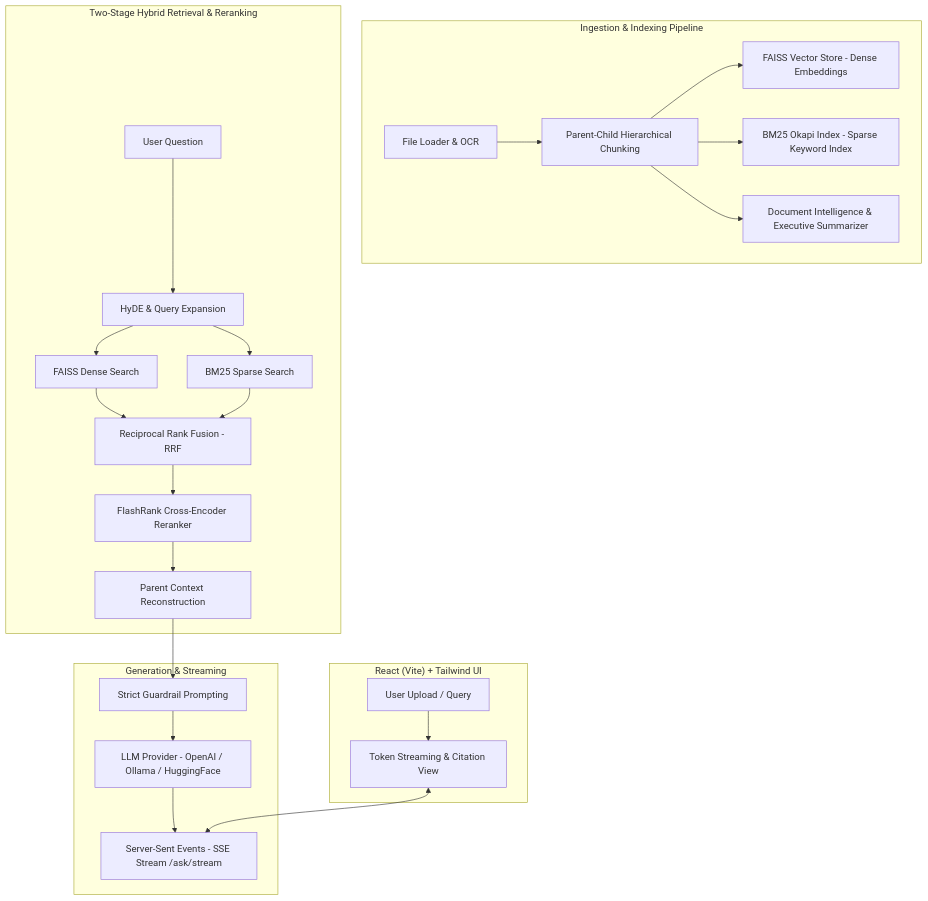
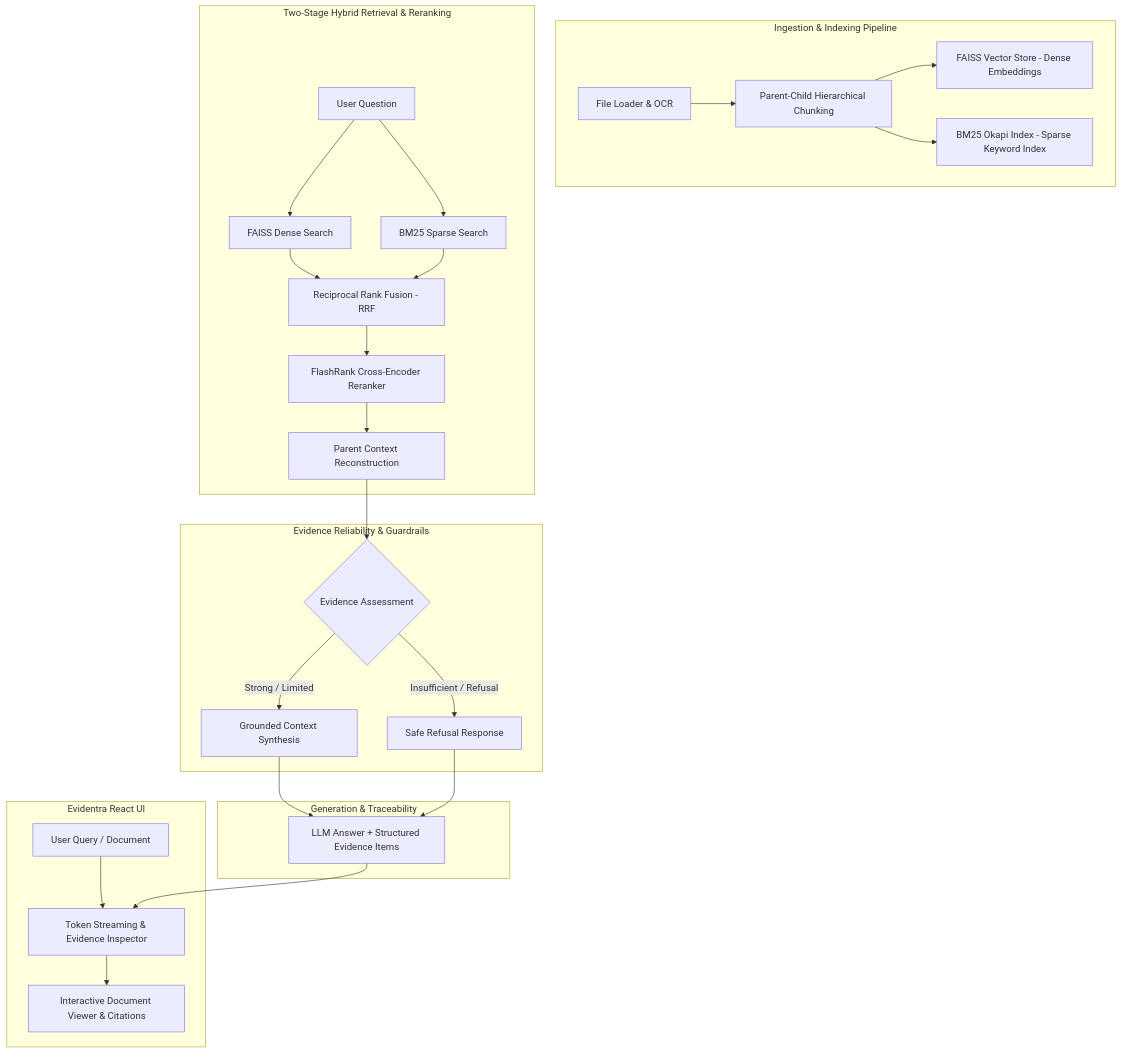
Before and after one commit to Bhavana105802/Synexa: the diagram in README.md, drawn with Mermaid. The commit also changed other lines of this file and 20 other files, not shown here.

Commit message:
Improve RAG retrieval, evidence reliability, evaluation and UI

````diff
--- a/README.md
+++ b/README.md
@@ -9,30 +9,32 @@
 ```mermaid
 flowchart TD
-    subgraph Frontend["React (Vite) + Tailwind UI"]
-        A[User Upload / Query] --> B[Token Streaming & Citation View]
+    subgraph Frontend["Evidentra React UI"]
+        A[User Query / Document] --> B[Token Streaming & Evidence Inspector]
+        B --> C[Interactive Document Viewer & Citations]
     end
 
     subgraph Ingestion["Ingestion & Indexing Pipeline"]
-        C[File Loader & OCR] --> D[Parent-Child Hierarchical Chunking]
-        D --> E[FAISS Vector Store - Dense Embeddings]
-        D --> F[BM25 Okapi Index - Sparse Keyword Index]
-        D --> G[Document Intelligence & Executive Summarizer]
+        D[File Loader & OCR] --> E[Parent-Child Hierarchical Chunking]
+        E --> F[FAISS Vector Store - Dense Embeddings]
+        E --> G[BM25 Okapi Index - Sparse Keyword Index]
     end
 
     subgraph Retrieval["Two-Stage Hybrid Retrieval & Reranking"]
-        H[User Question] --> I[HyDE & Query Expansion]
-        I --> J1[FAISS Dense Search]
-        I --> J2[BM25 Sparse Search]
-        J1 & J2 --> K[Reciprocal Rank Fusion - RRF]
-        K --> L[FlashRank Cross-Encoder Reranker]
-        L --> M[Parent Context Reconstruction]
+        H[User Question] --> I1[FAISS Dense Search]
+        H --> I2[BM25 Sparse Search]
+        I1 & I2 --> J[Reciprocal Rank Fusion - RRF]
+        J --> K[FlashRank Cross-Encoder Reranker]
+        K --> L[Parent Context Reconstruction]
     end
 
-    subgraph Execution["Generation & Streaming"]
-        M --> N[Strict Guardrail Prompting]
-        N --> O[LLM Provider - OpenAI / Ollama / HuggingFace]
-        O --> P[Server-Sent Events - SSE Stream /ask/stream]
+    subgraph Reliability["Evidence Reliability & Guardrails"]
+        L --> M{Evidence Assessment}
+        M -->|Strong / Limited| N[Grounded Context Synthesis]
+        M -->|Insufficient / Refusal| O[Safe Refusal Response]
     end
 
-    B <--> P
+    subgraph Execution["Generation & Traceability"]
+        N & O --> P[LLM Answer + Structured Evidence Items]
+        P --> B
+    end
 ```
````
